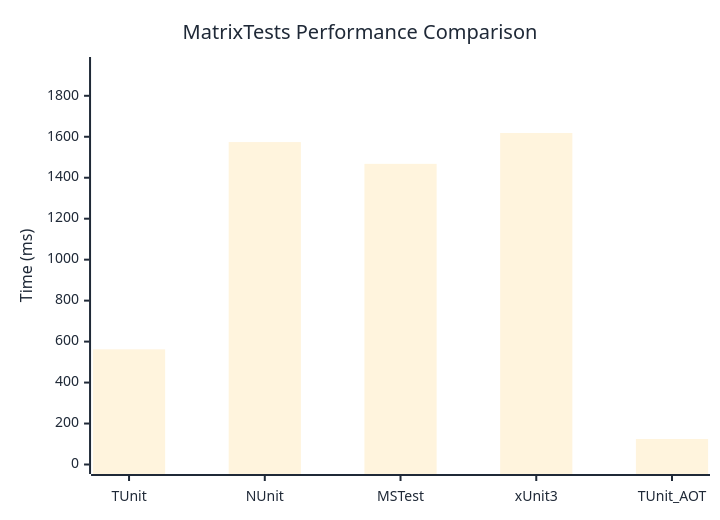
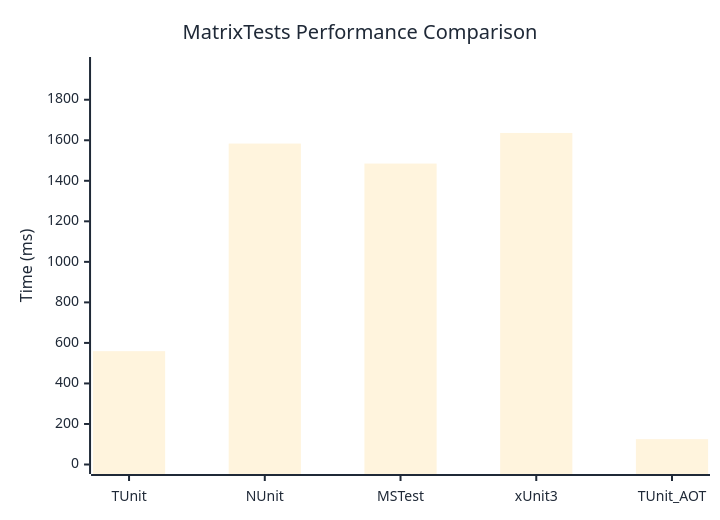
Before and after one commit to thomhurst/TUnit: the diagram in docs/docs/benchmarks/MatrixTests.md, drawn with Mermaid. The commit also changed other lines of this file and 17 other files, not shown here.

````diff
--- a/docs/docs/benchmarks/MatrixTests.md
+++ b/docs/docs/benchmarks/MatrixTests.md
@@ -27,37 +27,37 @@
 ```mermaid
 %%{init: {
   'theme':'base',
   'themeVariables': {
     'primaryColor': '#2563eb',
     'primaryTextColor': '#1f2937',
     'primaryBorderColor': '#1e40af',
     'lineColor': '#6b7280',
     'secondaryColor': '#7c3aed',
     'tertiaryColor': '#dc2626',
     'background': '#ffffff',
     'mainBkg': '#2563eb',
     'secondBkg': '#7c3aed',
     'tertiaryBkg': '#dc2626',
     'clusterBkg': '#f3f4f6',
     'edgeLabelBackground': '#ffffff',
     'tertiaryTextColor': '#1f2937',
     'pie1': '#2563eb',
     'pie2': '#7c3aed',
     'pie3': '#dc2626',
     'pie4': '#f59e0b',
     'pie5': '#10b981',
     'pie6': '#06b6d4',
     'pie7': '#ec4899',
     'pie8': '#6366f1',
     'pie9': '#84cc16',
     'pie10': '#f97316',
     'pie11': '#14b8a6',
     'pie12': '#a855f7'
   }
 }}%%
 xychart-beta
   title "MatrixTests Performance Comparison"
   x-axis ["TUnit", "NUnit", "MSTest", "xUnit3", "TUnit_AOT"]
-  y-axis "Time (ms)" 0 --> 1943
-  bar [562.3, 1574, 1467.7, 1618.4, 124.5]
+  y-axis "Time (ms)" 0 --> 1964
+  bar [559.3, 1583.7, 1485.1, 1636.1, 125.1]
 ```
````
